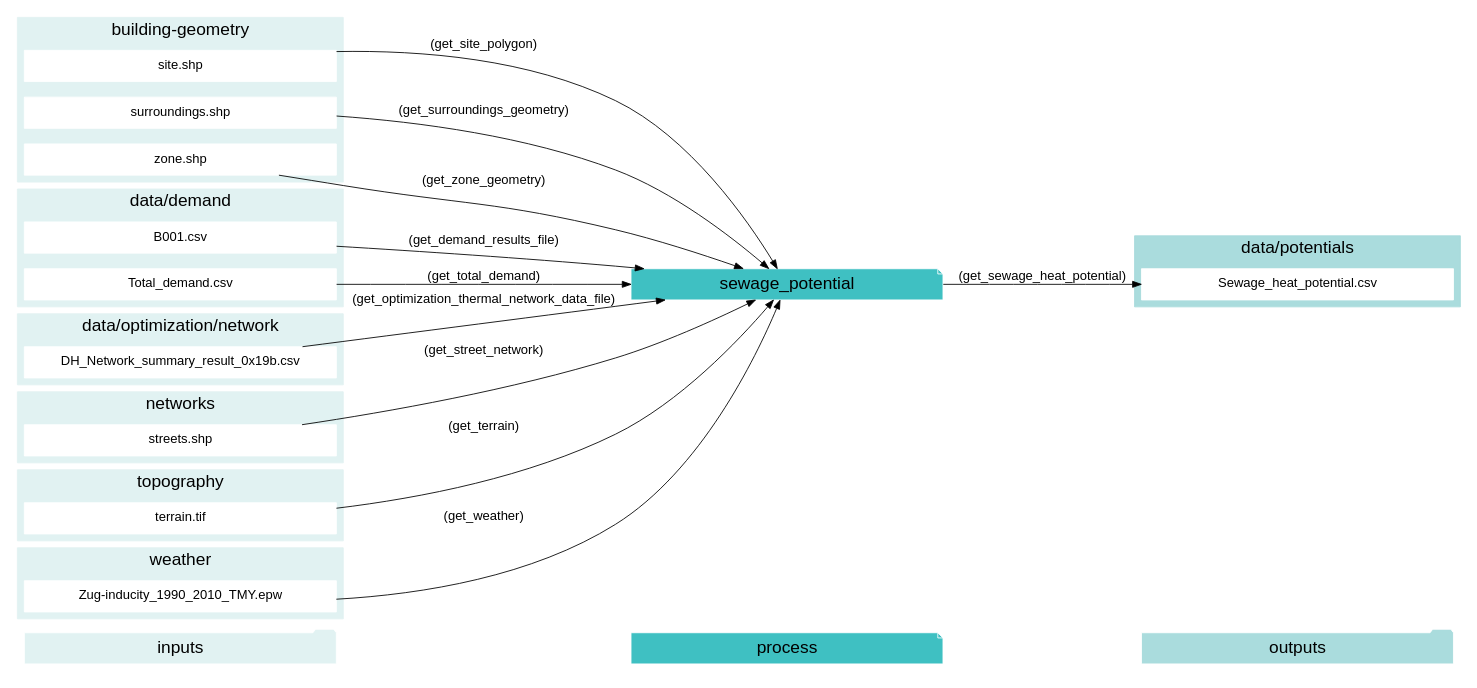
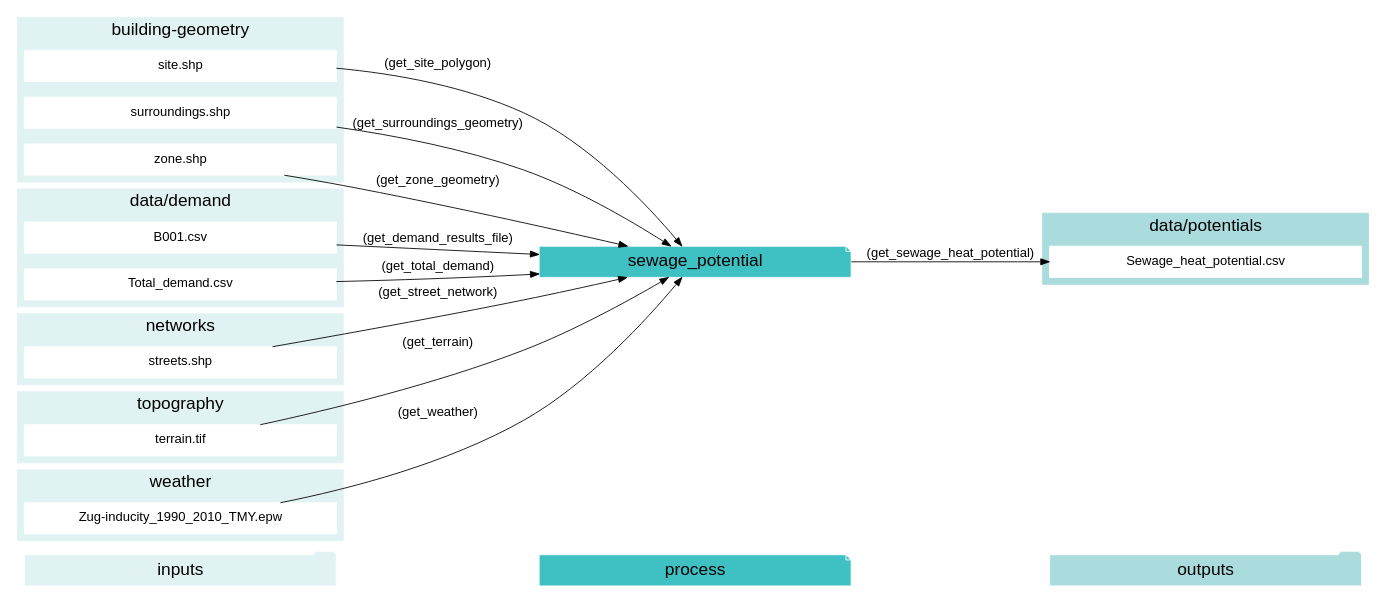
The seventh of 23 diagrams in docs/script-data-flow.rst (architecture-building-systems/CityEnergyAnalyst), drawn with Graphviz before and after one commit. The commit also changed other lines of this file and 25 other files, not shown here.

Commit message:
working on the graphviz output

```diff
--- a/docs/script-data-flow.rst
+++ b/docs/script-data-flow.rst
@@ -691,15 +637,7 @@
         "B001.csv"
         "Total_demand.csv"
     }
-    subgraph cluster_2_in {
-        style = filled;
-        color = "#E1F2F2";
-        fontsize = 20;
-        rank=same;
-        label="data/optimization/network";
-        "DH_Network_summary_result_0x19b.csv"
-    }
-    subgraph cluster_3_out {
+    subgraph cluster_2_out {
         style = filled;
         color = "#aadcdd";
         fontsize = 20;
@@ -707,7 +645,7 @@
         label="data/potentials";
         "Sewage_heat_potential.csv"
     }
-    subgraph cluster_4_in {
+    subgraph cluster_3_in {
         style = filled;
         color = "#E1F2F2";
         fontsize = 20;
@@ -715,7 +653,7 @@
         label="networks";
         "streets.shp"
     }
-    subgraph cluster_5_in {
+    subgraph cluster_4_in {
         style = filled;
         color = "#E1F2F2";
         fontsize = 20;
@@ -723,7 +661,7 @@
         label="topography";
         "terrain.tif"
     }
-    subgraph cluster_6_in {
+    subgraph cluster_5_in {
         style = filled;
         color = "#E1F2F2";
         fontsize = 20;
@@ -732,7 +670,6 @@
         "Zug-inducity_1990_2010_TMY.epw"
     }
     "B001.csv" -> "sewage_potential"[label="(get_demand_results_file)"]
-    "DH_Network_summary_result_0x19b.csv" -> "sewage_potential"[label="(get_optimization_thermal_network_data_file)"]
     "site.shp" -> "sewage_potential"[label="(get_site_polygon)"]
     "streets.shp" -> "sewage_potential"[label="(get_street_network)"]
     "surroundings.shp" -> "sewage_potential"[label="(get_surroundings_geometry)"]
```
